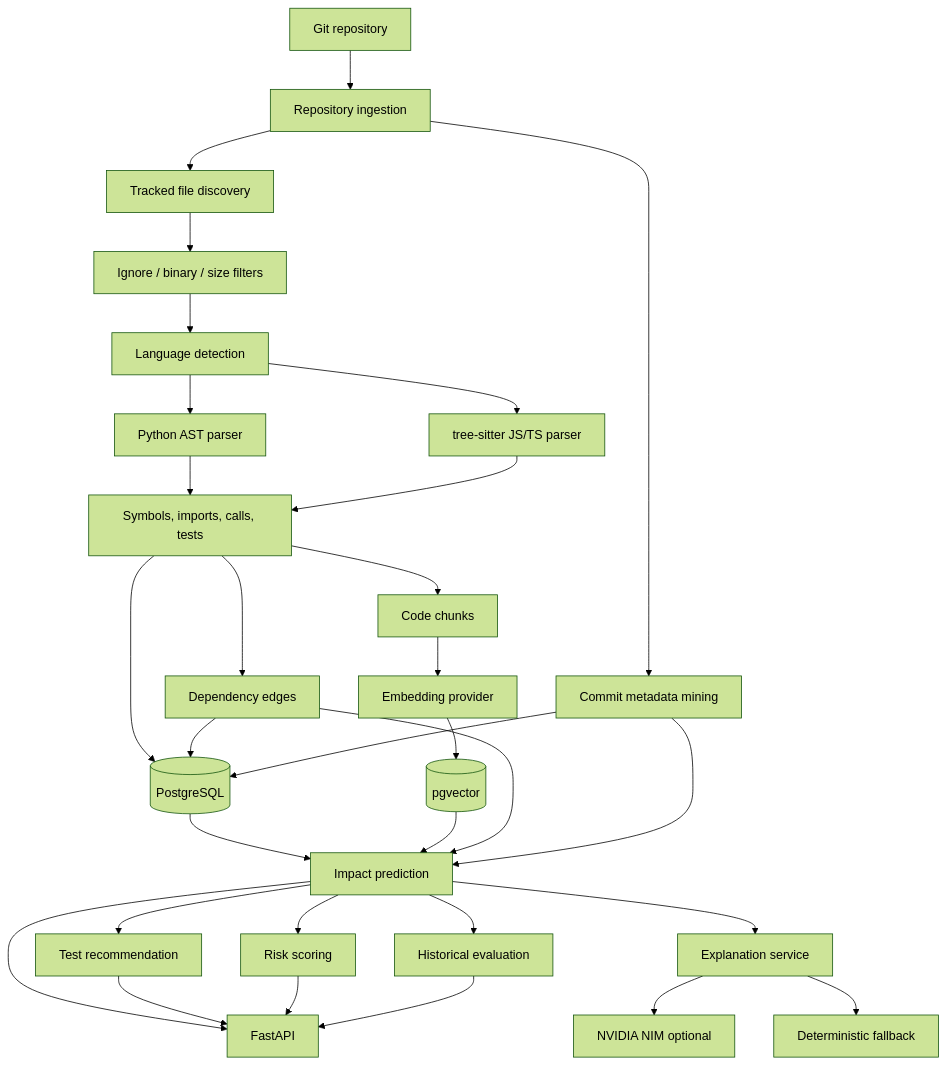
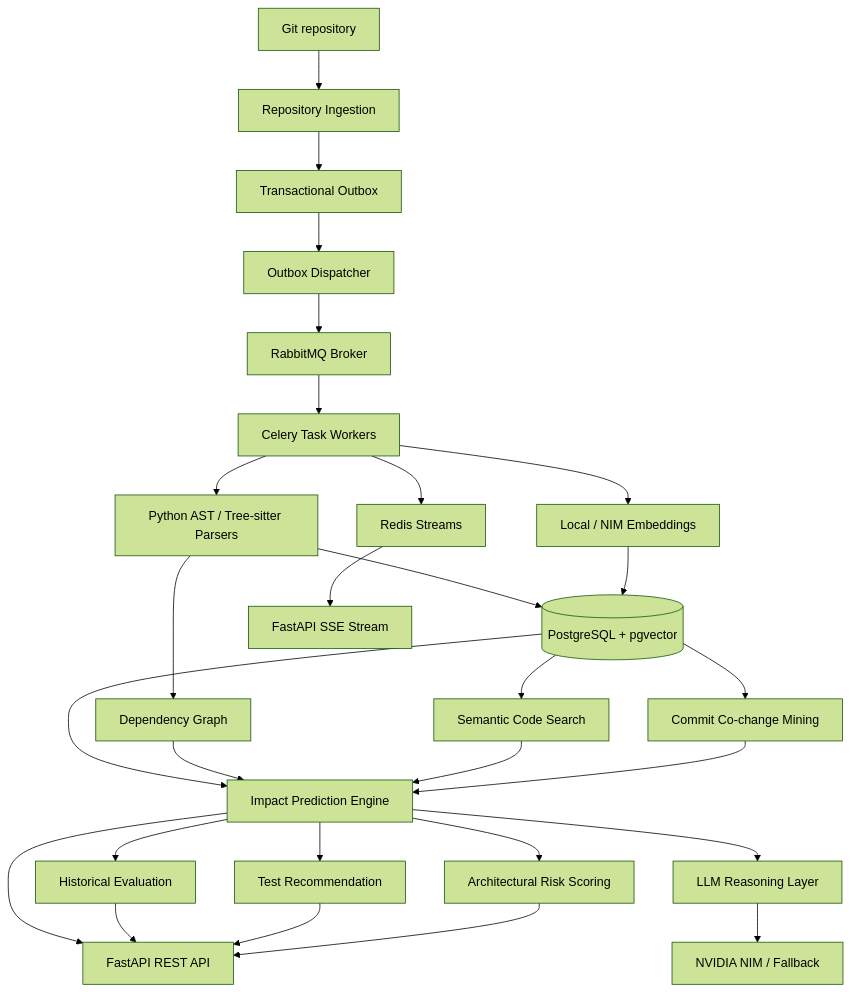
The diagram in docs/ARCHITECTURE.md (mahdi-behnam/gitvane), drawn with Mermaid (forest theme) before and after one commit. The commit also changed other lines of this file and 6 other files, not shown here.

````diff
--- a/docs/ARCHITECTURE.md
+++ b/docs/ARCHITECTURE.md
@@ -9,33 +9,30 @@
 ```mermaid
 flowchart TD
-    A[Git repository] --> B[Repository ingestion]
-    B --> C[Tracked file discovery]
-    C --> D[Ignore / binary / size filters]
-    D --> E[Language detection]
-    E --> F[Python AST parser]
-    E --> G[tree-sitter JS/TS parser]
-    F --> H[Symbols, imports, calls, tests]
-    G --> H
-    H --> I[(PostgreSQL)]
-    H --> J[Dependency edges]
-    J --> I
-    H --> K[Code chunks]
-    K --> L[Embedding provider]
-    L --> M[(pgvector)]
-    B --> N[Commit metadata mining]
-    N --> I
-    I --> O[Impact prediction]
-    M --> O
-    J --> O
-    N --> O
-    O --> P[Test recommendation]
-    O --> Q[Risk scoring]
-    O --> R[Historical evaluation]
-    O --> S[Explanation service]
-    S --> T[NVIDIA NIM optional]
-    S --> U[Deterministic fallback]
-    O --> V[FastAPI]
-    P --> V
-    Q --> V
-    R --> V
+    Repo[Git repository] --> Ingest[Repository Ingestion]
+    Ingest --> Outbox[Transactional Outbox]
+    Outbox --> Dispatcher[Outbox Dispatcher]
+    Dispatcher --> RabbitMQ[RabbitMQ Broker]
+    RabbitMQ --> Celery[Celery Task Workers]
+    Celery --> Parsers[Python AST / Tree-sitter Parsers]
+    Parsers --> DB[(PostgreSQL + pgvector)]
+    Parsers --> Graph[Dependency Graph]
+    Celery --> Embeddings[Local / NIM Embeddings]
+    Embeddings --> DB
+    Celery --> Redis[Redis Streams]
+    Redis --> SSE[FastAPI SSE Stream]
+    DB --> Impact[Impact Prediction Engine]
+    Graph --> Impact
+    DB --> Search[Semantic Code Search]
+    Search --> Impact
+    DB --> History[Commit Co-change Mining]
+    History --> Impact
+    Impact --> Tests[Test Recommendation]
+    Impact --> Risk[Architectural Risk Scoring]
+    Impact --> Eval[Historical Evaluation]
+    Impact --> Explain[LLM Reasoning Layer]
+    Explain --> NIM[NVIDIA NIM / Fallback]
+    Impact --> API[FastAPI REST API]
+    Eval --> API
+    Tests --> API
+    Risk --> API
 ```
````
